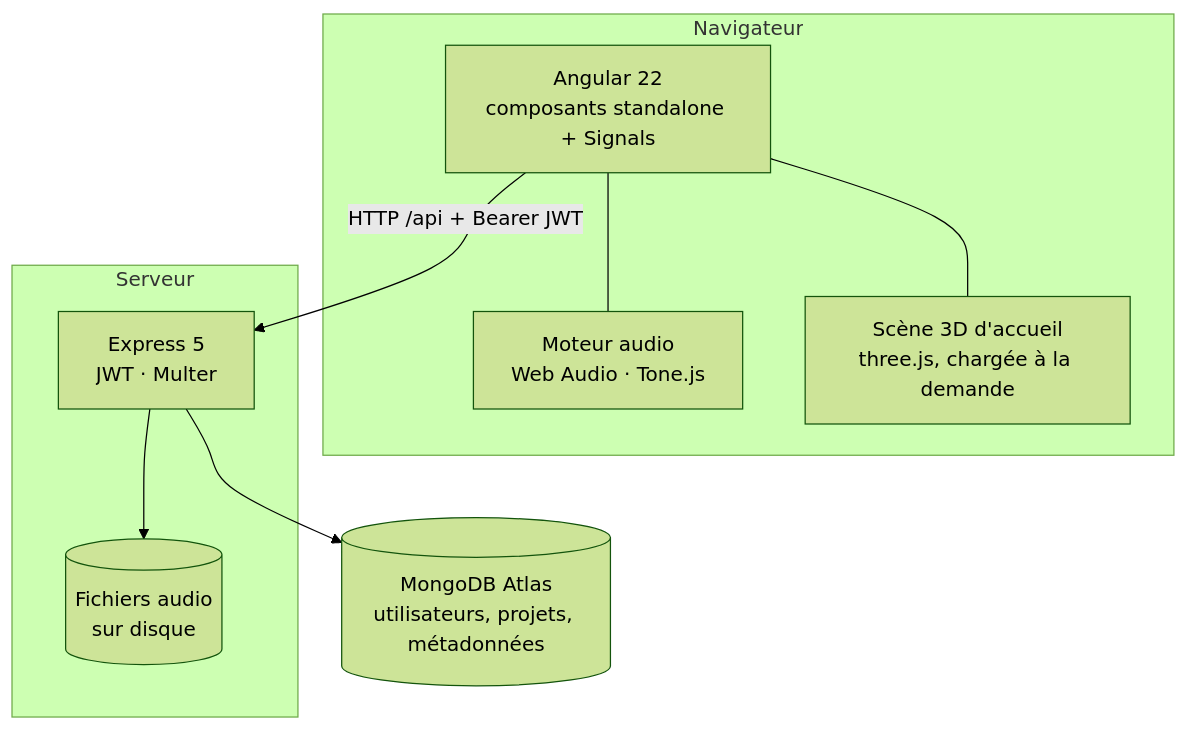
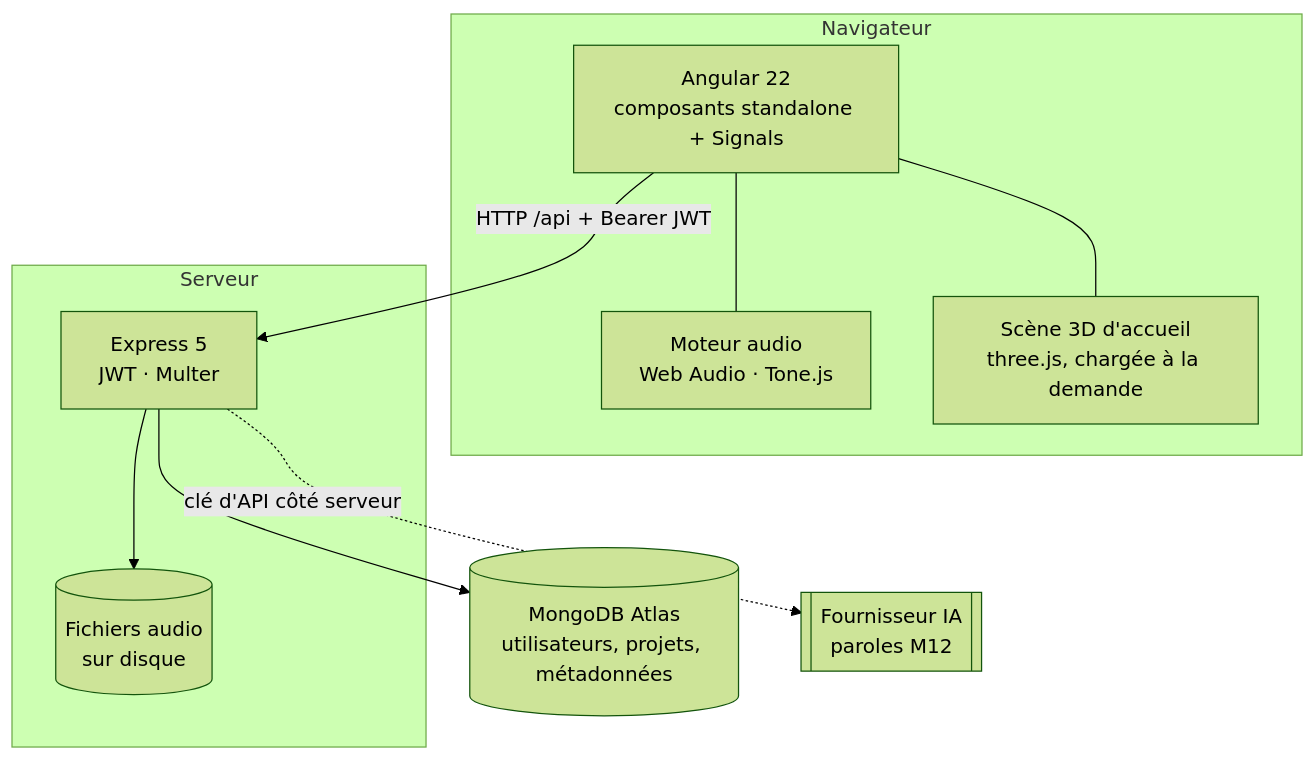
One commit to Zakary-213/AngularM1_Projet changed the third of 3 diagrams in README.md. Above: the diagram before and after it, drawn with Mermaid (forest theme). The commit also changed other lines of this file and 1 other file, not shown here.

First line of the commit message:
docs: mission M12, assistant d'écriture de paroles par IA (#34)

````diff
--- a/README.md
+++ b/README.md
@@ -122,19 +127,21 @@
 ```mermaid
 flowchart TB
     subgraph Navigateur
         UI[Angular 22<br/>composants standalone + Signals]
         AUDIO[Moteur audio<br/>Web Audio · Tone.js]
         GL[Scène 3D d'accueil<br/>three.js, chargée à la demande]
     end
     subgraph Serveur
         API[Express 5<br/>JWT · Multer]
         DISK[(Fichiers audio<br/>sur disque)]
     end
     DB[(MongoDB Atlas<br/>utilisateurs, projets, métadonnées)]
+    LLM[[Fournisseur IA<br/>paroles M12]]
 
     UI -- HTTP /api + Bearer JWT --> API
     UI --- AUDIO
     UI --- GL
     API --> DB
     API --> DISK
+    API -. clé d'API côté serveur .-> LLM
 ```
````
